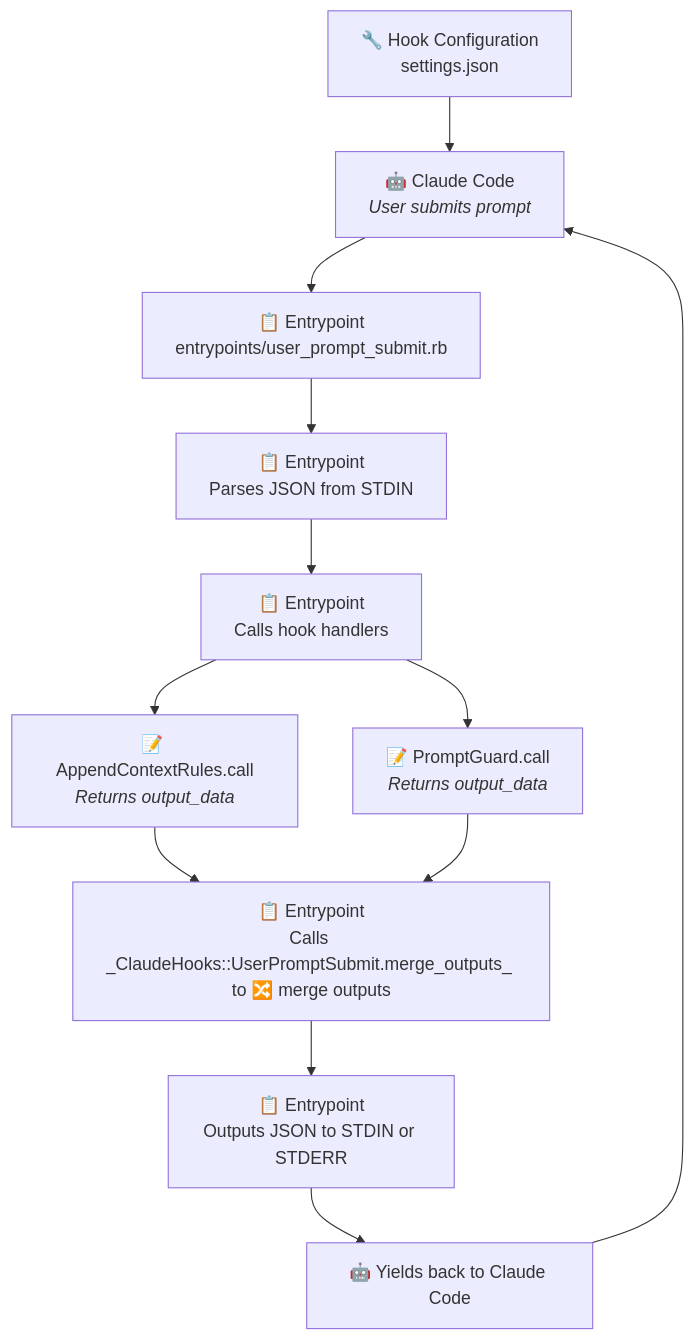
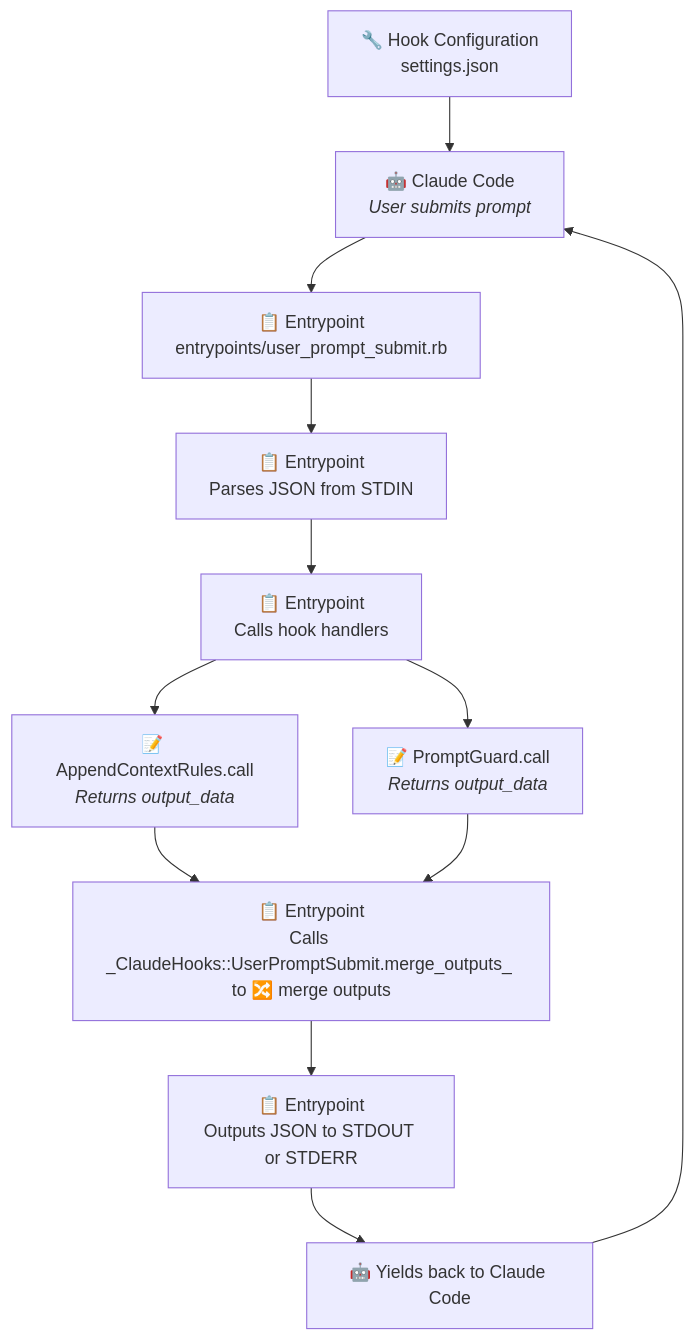
One commit to gabriel-dehan/claude_hooks changed the second of 2 diagrams in README.md. Above: the diagram before and after it, drawn with Mermaid. The commit also changed other lines of this file and 3 other files, not shown here.

````diff
--- a/README.md
+++ b/README.md
@@ -263,18 +263,18 @@
 ```mermaid
 graph TD
   A[🔧 Hook Configuration<br/>settings.json] --> B
   B[🤖 Claude Code<br/><em>User submits prompt</em>] --> C[📋 Entrypoint<br />entrypoints/user_prompt_submit.rb]
 
   C --> D[📋 Entrypoint<br />Parses JSON from STDIN]
   D --> E[📋 Entrypoint<br />Calls hook handlers]
 
   E --> F[📝 AppendContextRules.call<br/><em>Returns output_data</em>]
   E --> G[📝 PromptGuard.call<br/><em>Returns output_data</em>]
 
   F --> J[📋 Entrypoint<br />Calls _ClaudeHooks::UserPromptSubmit.merge_outputs_ to 🔀 merge outputs]
   G --> J
 
-  J --> K[📋 Entrypoint<br />Outputs JSON to STDIN or STDERR]
+  J --> K[📋 Entrypoint<br />Outputs JSON to STDOUT or STDERR]
   K --> L[🤖 Yields back to Claude Code]
   L --> B
 ```
````
